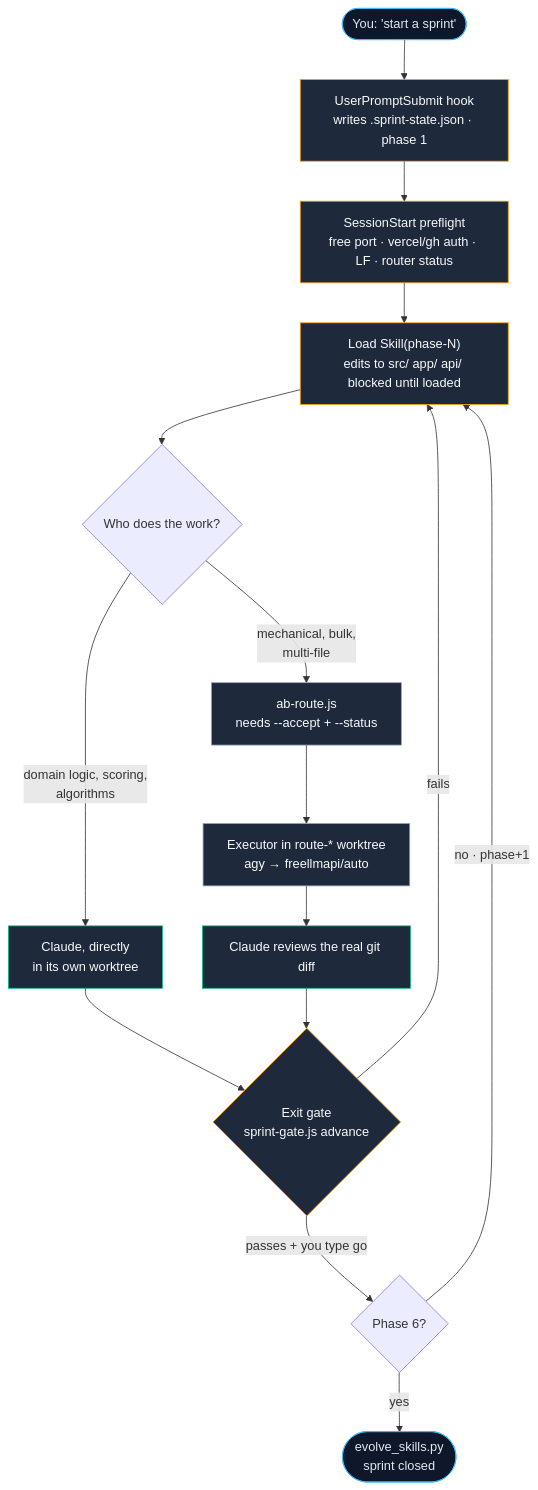
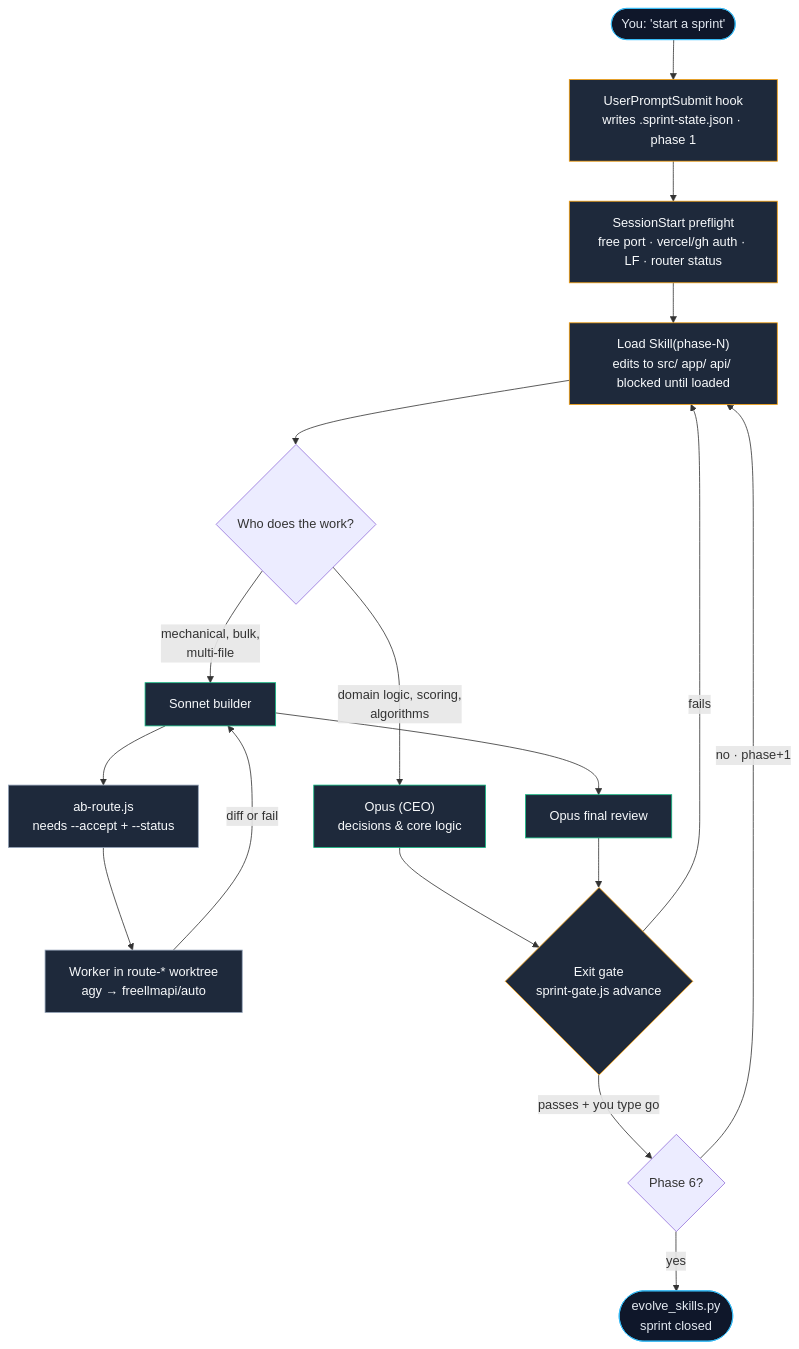
The first of 2 diagrams in README.md (VihaanR/sprint-system), drawn with Mermaid before and after one commit. The commit also changed other lines of this file and 13 other files, not shown here.

````diff
--- a/README.md
+++ b/README.md
@@ -30,30 +30,32 @@
 ```mermaid
 flowchart TD
     %% Entry: a phrase from sprint.config.json starts the sprint
     U(["You: 'start a sprint'"]) --> T["UserPromptSubmit hook<br/>writes .sprint-state.json · phase 1"]
     T --> P["SessionStart preflight<br/>free port · vercel/gh auth · LF · router status"]
     P --> S["Load Skill(phase-N)<br/>edits to src/ app/ api/ blocked until loaded"]
 
     S --> W{"Who does the work?"}
-    W -->|"domain logic, scoring,<br/>algorithms"| C["Claude, directly<br/>in its own worktree"]
-    W -->|"mechanical, bulk,<br/>multi-file"| R["ab-route.js<br/>needs --accept + --status"]
-    R --> X["Executor in route-* worktree<br/>agy → freellmapi/auto"]
-    X --> RV["Claude reviews the real git diff"]
+    W -->|"domain logic, scoring,<br/>algorithms"| C["Opus (CEO)<br/>decisions & core logic"]
+    W -->|"mechanical, bulk,<br/>multi-file"| SB["Sonnet builder"]
+    SB --> R["ab-route.js<br/>needs --accept + --status"]
+    R --> X["Worker in route-* worktree<br/>agy → freellmapi/auto"]
+    X -->|"diff or fail"| SB
+    SB --> RV["Opus final review"]
     C --> G
     RV --> G
 
     G{"Exit gate<br/>sprint-gate.js advance"}
     G -->|"fails"| S
     G -->|"passes + you type go"| N{"Phase 6?"}
     N -->|"no · phase+1"| S
     N -->|"yes"| E(["evolve_skills.py<br/>sprint closed"])
 
     classDef you fill:#0F172A,stroke:#38BDF8,color:#E2E8F0
     classDef hook fill:#1E293B,stroke:#F59E0B,color:#F8FAFC
     classDef claude fill:#1E293B,stroke:#10B981,color:#F8FAFC
     classDef exec fill:#1E293B,stroke:#94A3B8,color:#F8FAFC
     class U,E you
     class T,P,S,G hook
-    class C,RV claude
+    class C,RV,SB claude
     class R,X exec
 ```
````
